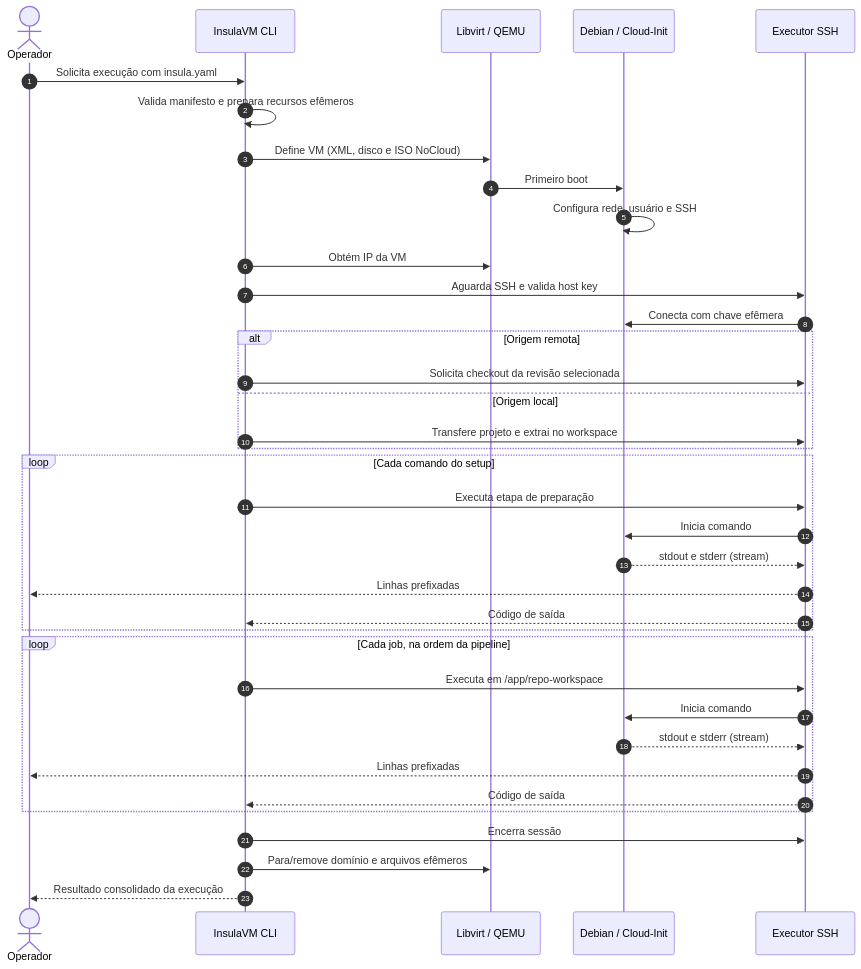
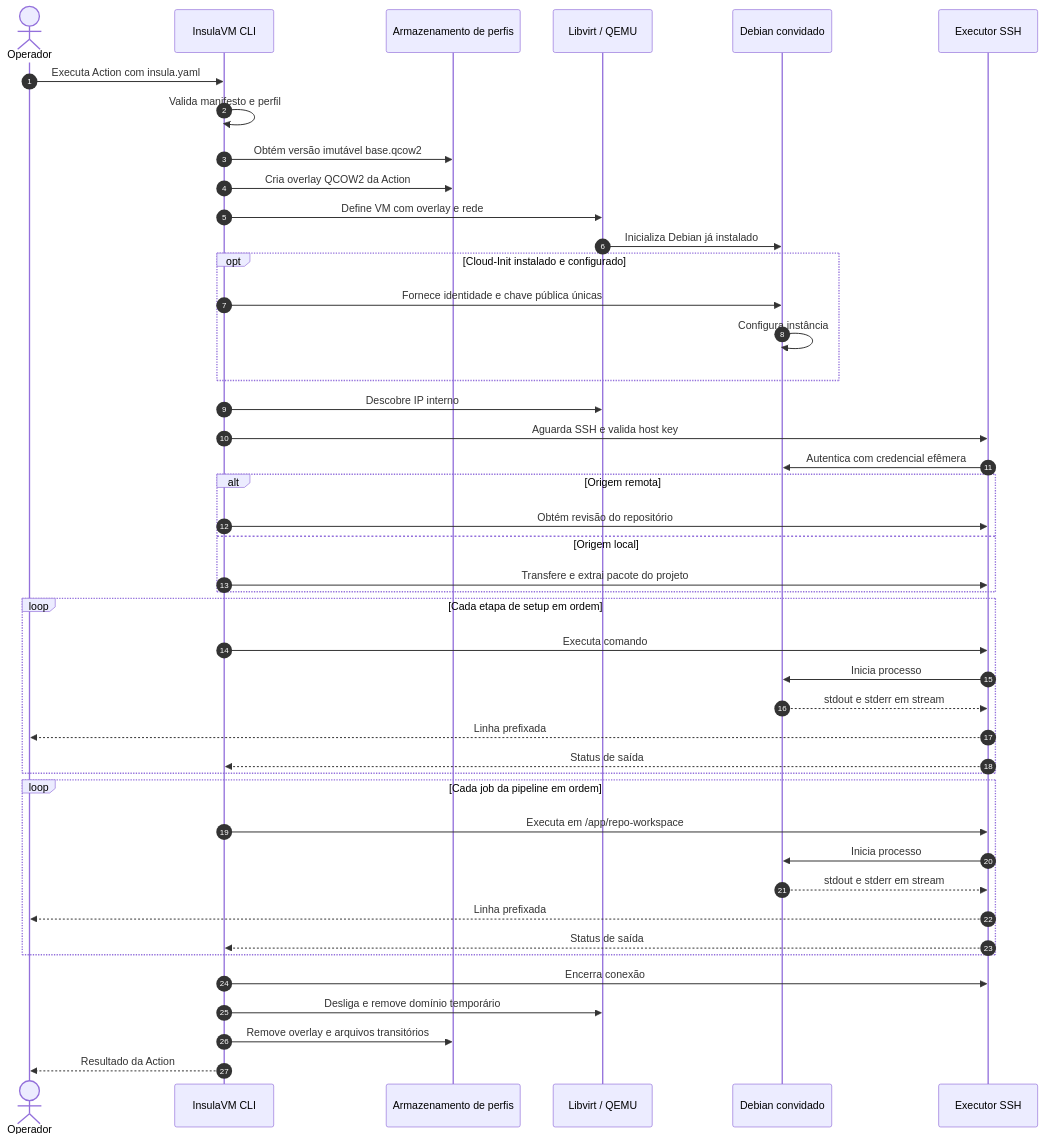
Before and after one commit to ahhvahh/InsulaVM: the diagram in docs/fluxos/FLUX-001-execucao-manifesto.md, drawn with Mermaid. The commit also changed other lines of this file, not shown here.

Commit message:
docs: atualizar fluxo de Actions para perfis QCOW2 descartaveis

````diff
--- a/docs/fluxos/FLUX-001-execucao-manifesto.md
+++ b/docs/fluxos/FLUX-001-execucao-manifesto.md
@@ -24,39 +27,46 @@
 ```mermaid
 sequenceDiagram
     autonumber
     actor O as Operador
     participant C as InsulaVM CLI
+    participant P as Armazenamento de perfis
     participant V as Libvirt / QEMU
-    participant D as Debian / Cloud-Init
+    participant D as Debian convidado
     participant S as Executor SSH
-    O->>C: Solicita execução com insula.yaml
-    C->>C: Valida manifesto e prepara recursos efêmeros
-    C->>V: Define VM (XML, disco e ISO NoCloud)
-    V->>D: Primeiro boot
-    D->>D: Configura rede, usuário e SSH
-    C->>V: Obtém IP da VM
+    O->>C: Executa Action com insula.yaml
+    C->>C: Valida manifesto e perfil
+    C->>P: Obtém versão imutável base.qcow2
+    C->>P: Cria overlay QCOW2 da Action
+    C->>V: Define VM com overlay e rede
+    V->>D: Inicializa Debian já instalado
+    opt Cloud-Init instalado e configurado
+        C->>D: Fornece identidade e chave pública únicas
+        D->>D: Configura instância
+    end
+    C->>V: Descobre IP interno
     C->>S: Aguarda SSH e valida host key
-    S->>D: Conecta com chave efêmera
+    S->>D: Autentica com credencial efêmera
     alt Origem remota
-        C->>S: Solicita checkout da revisão selecionada
+        C->>S: Obtém revisão do repositório
     else Origem local
-        C->>S: Transfere projeto e extrai no workspace
+        C->>S: Transfere e extrai pacote do projeto
     end
-    loop Cada comando do setup
-        C->>S: Executa etapa de preparação
-        S->>D: Inicia comando
-        D-->>S: stdout e stderr (stream)
-        S-->>O: Linhas prefixadas
-        S-->>C: Código de saída
+    loop Cada etapa de setup em ordem
+        C->>S: Executa comando
+        S->>D: Inicia processo
+        D-->>S: stdout e stderr em stream
+        S-->>O: Linha prefixada
+        S-->>C: Status de saída
     end
-    loop Cada job, na ordem da pipeline
+    loop Cada job da pipeline em ordem
         C->>S: Executa em /app/repo-workspace
-        S->>D: Inicia comando
-        D-->>S: stdout e stderr (stream)
-        S-->>O: Linhas prefixadas
-        S-->>C: Código de saída
+        S->>D: Inicia processo
+        D-->>S: stdout e stderr em stream
+        S-->>O: Linha prefixada
+        S-->>C: Status de saída
     end
-    C->>S: Encerra sessão
-    C->>V: Para/remove domínio e arquivos efêmeros
-    C-->>O: Resultado consolidado da execução
+    C->>S: Encerra conexão
+    C->>V: Desliga e remove domínio temporário
+    C->>P: Remove overlay e arquivos transitórios
+    C-->>O: Resultado da Action
 ```
````
